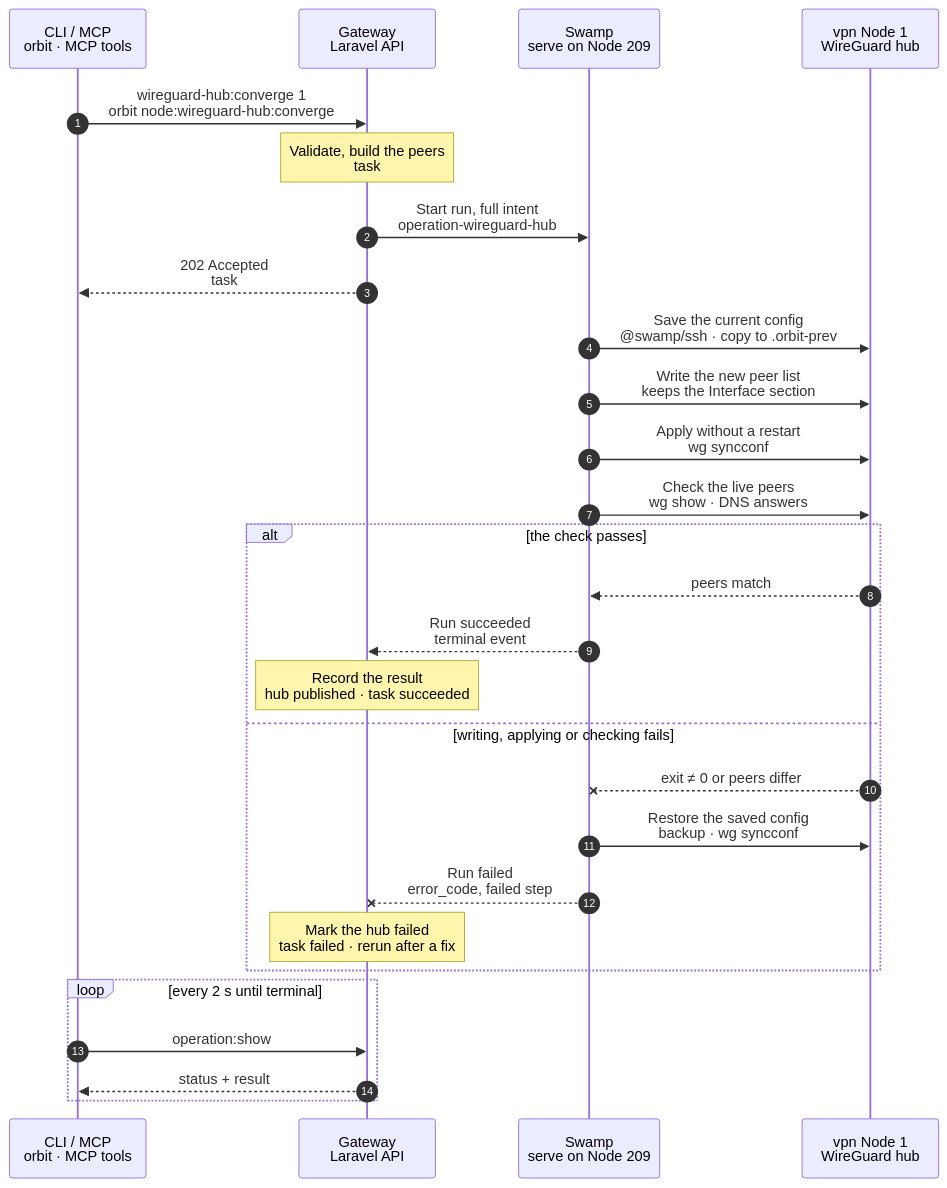
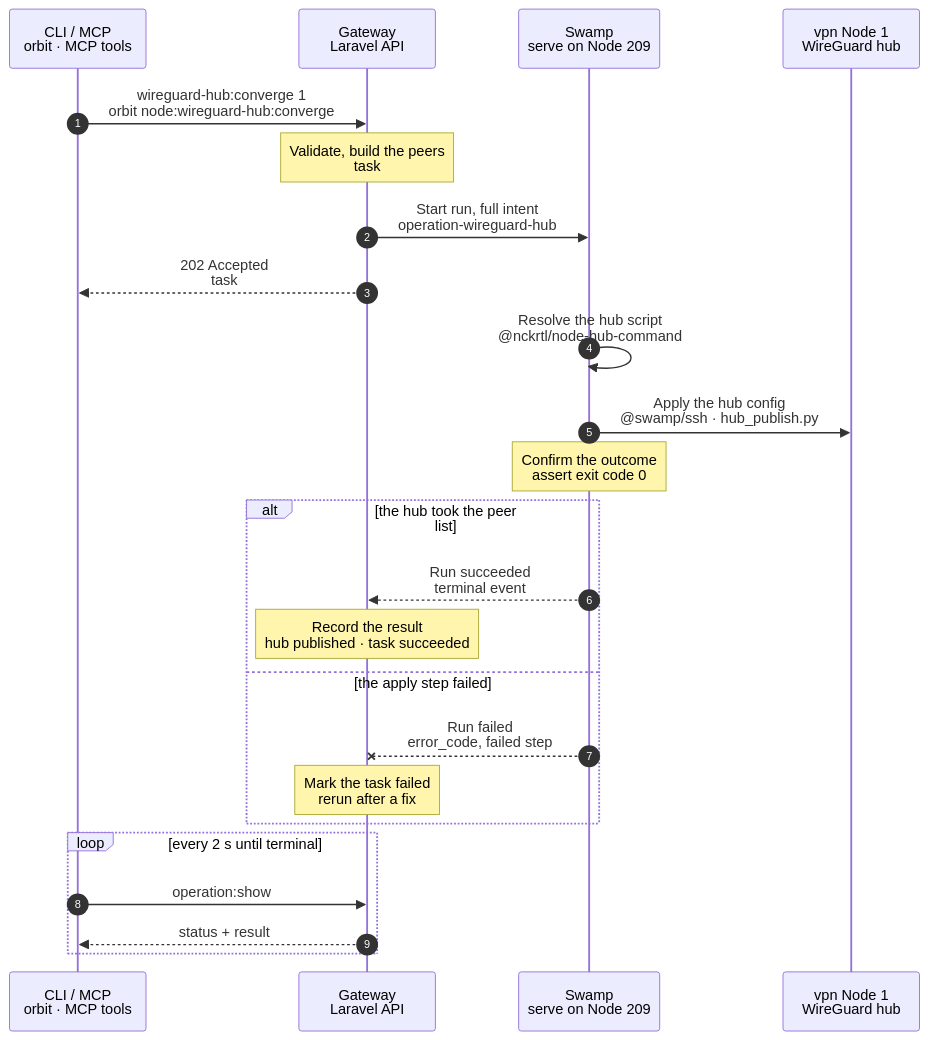
The diagram in docs/flows/node.wireguard_hub_converge.mmd (hardimpactdev/orbit), drawn with Mermaid before and after one commit. The commit also changed 25 other files, not shown here.

First line of the commit message:
feat(nodes): node.wireguard_hub_converge in the Swamp shape: one SSH step on the hub

```diff
--- a/docs/flows/node.wireguard_hub_converge.mmd
+++ b/docs/flows/node.wireguard_hub_converge.mmd
@@ -1,103 +1,89 @@
 sequenceDiagram
-  %% Target design: ADR 0244 task, DECISIONS R2-R4, single-swamp-node + light-boxes-use-swamp-ssh (vpn Node 1 has no Swamp worker). docs/reference/wireguard-endpoints.md.
+  %% Target design: ADR 0244 task, DECISIONS R2-R4, flow-tighten rules 1, 6, 9, single-swamp-node + light-boxes-use-swamp-ssh (vpn Node 1 has no Swamp worker). docs/reference/wireguard-endpoints.md.
   %% status: draft
   %% command: node:wireguard-hub:converge
   autonumber
   %% lane CLI icon=terminal pill=caller tone=gray
   %% lane GW icon=gateway pill=intent tone=blue
   %% lane SW icon=workflow pill=executes tone=green
   %% lane N icon=server pill=target tone=amber
   participant CLI as CLI / MCP<br/>orbit · MCP tools
   participant GW as Gateway<br/>Laravel API
   participant SW as Swamp<br/>serve on Node 209
   participant N as vpn Node 1<br/>WireGuard hub
   CLI->>GW: wireguard-hub:converge 1<br/>orbit node:wireguard-hub:converge
   %%> Command:
   %%> - `orbit node:wireguard-hub:converge 1`
   %%> - syntax: `<node> [--idempotency-key=KEY] [--json]`
   %%> Input:
   %%> - the Node with the `vpn` role, by ID or name
   %%> What it does:
   %%> - publishes the current peer list on the WireGuard hub; it changes no peer key or address
   %%> Also used by:
   %%> - `node:network:converge`, `node:wireguard-key` and Node removal run the same hub steps in their own run
   Note over GW: Validate, build the peers<br/>task #5171 · hub lock
   %%> Requirements:
   %%> - your Node has an access grant to Node 1
   %%> - Node 1 holds the active `vpn` role and has stored SSH host keys
   %%> - no other hub change runs; the Gateway holds one lock for the hub and waits briefly for a busy one
   %%> Builds:
   %%> - the complete peer list: public key and allowed address of every active Node
   %%> Result:
   %%> - task #5171 recorded with the full intent; no private key in it
   GW->>SW: Start run, full intent<br/>operation-wireguard-hub
   %%> What it does:
   %%> - starts one Swamp run on serve (Node 209)
   %%> Inputs:
-  %%> - the peer list and the hub interface name
+  %%> - the peer list: name, public key and WireGuard address of every other active Node
   %%> - Node 1's address and SSH host keys; the SSH identity comes from the `swamp` role
+  %%> Not included:
+  %%> - the hub's private key; it stays on Node 1
   GW-->>CLI: 202 Accepted<br/>task #5171
   %%> What you get:
   %%> - the task number, at once
   %%> Next:
   %%> - the CLI follows the task with `operation:show`
-  SW->>N: Save the current config<br/>@swamp/ssh · copy to .orbit-prev
+  SW->>SW: Resolve the hub script<br/>@nckrtl/node-hub-command
+  %%> What it does:
+  %%> - reads the shipped `hub_publish.py` on the Swamp worker
+  SW->>N: Apply the hub config<br/>@swamp/ssh · hub_publish.py
   %%> How:
-  %%> - Swamp reaches Node 1 over SSH from 209 with the official `@swamp/ssh` behavior
+  %%> - over SSH from 209 with the official `@swamp/ssh` behavior, as root, under the hub's peer lock
   %%> - Node 1 is a light box: no Swamp binary and no worker on it
   %%> What it does:
-  %%> - copies the live hub config to a backup beside it, under the host's WireGuard tool lock
-  %%> Why:
-  %%> - Node 1 carries every Node's tunnel and the fleet DNS; a bad config must be undone at once
-  SW->>N: Write the new peer list<br/>keeps the Interface section
+  %%> - keeps the `[Interface]` section and private key, and writes the new `[Peer]` sections; an identical list writes nothing
+  %%> - validates the file with `wg-quick strip`, keeps a rollback copy, then loads it with `wg syncconf`
+  %%> - checks the service is active and enabled, and that `wg show` lists exactly these peers
+  %%> If it fails:
+  %%> - puts the rollback copy back and reloads it, so no Node loses its tunnel
+  %%> - prints a public error code: `wireguard.hub_config_invalid`, `wireguard.hub_start_failed` or `wireguard.hub_state_unsupported`
+  %%> Why one step:
+  %%> - one Node, back to back, with its own rollback: separate steps would add SSH round trips and nothing else
+  Note over SW: Confirm the outcome<br/>assert exit code 0
   %%> What it does:
-  %%> - replaces only the `[Peer]` sections; the `[Interface]` section and the hub private key stay as they are
-  %%> - an identical peer list writes nothing
-  SW->>N: Apply without a restart<br/>wg syncconf
-  %%> What it does:
-  %%> - loads the new peers into the running tunnel with `wg syncconf`
-  %%> Why:
-  %%> - a reload, not a restart: unchanged peers keep their sessions
-  SW->>N: Check the live peers<br/>wg show · DNS answers
-  %%> What it does:
-  %%> - checks that `wg show` lists exactly the expected peers with their allowed addresses
-  %%> - checks that the hub still answers `gateway.orbit` on its WireGuard address
-  alt the check passes
-    N-->>SW: peers match
-    %%> Returns:
-    %%> - the hub runs the new peer list
+  %%> - fails the run when the apply step reported an error code
+  alt the hub took the peer list
     SW-->>GW: Run succeeded<br/>terminal event
     %%> How the Gateway learns it:
     %%> - its shared run reader sees the terminal event; Swamp never calls the Gateway
     Note over GW: Record the result<br/>hub published · task succeeded
     %%> Result:
-    %%> - the hub's published peer list is recorded
-    %%> - task #5171 succeeds
-  else writing, applying or checking fails
-    N--xSW: exit ≠ 0 or peers differ
-    %%> When:
-    %%> - the write or `wg syncconf` fails, or `wg show` differs from the peer list
-    SW->>N: Restore the saved config<br/>backup · wg syncconf
-    %%> What it does:
-    %%> - puts the backup back and loads it with `wg syncconf`, then checks the old peers are live
-    %%> Why:
-    %%> - the hub returns to the last config that worked, so no Node loses its tunnel
+    %%> - task #5171 succeeds with `projected: true`
+  else the apply step failed
     SW--xGW: Run failed<br/>error_code, failed step
     %%> The Gateway reads:
-    %%> - which step failed, its error code, and whether the restore passed
-    Note over GW: Mark the hub failed<br/>task failed · rerun after a fix
+    %%> - the error code the apply step printed
+    Note over GW: Mark the task failed<br/>rerun after a fix
     %%> Result:
     %%> - task #5171 fails; the hub keeps its previous peer list
-    %%> On the Node:
-    %%> - the backup file stays; a rerun overwrites it
     %%> Retry:
     %%> - run the same command again after fixing the cause; it is a new task
   end
   loop every 2 s until terminal
     CLI->>GW: operation:show #5171
     %%> What it does:
     %%> - asks for the task's status every 2 seconds until it has ended
     GW-->>CLI: status + result
     %%> Returns:
     %%> - the current status, and the result once the task has ended
   end
```
